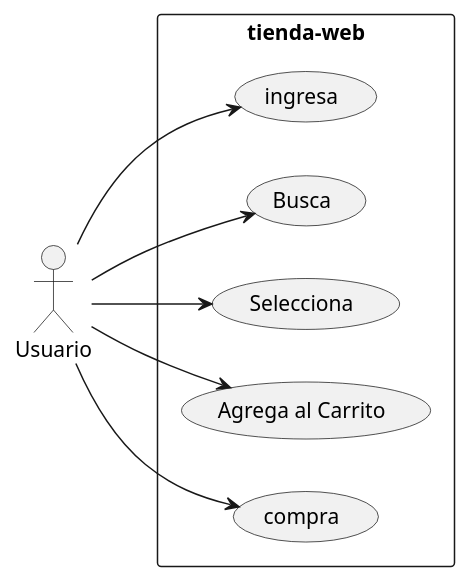
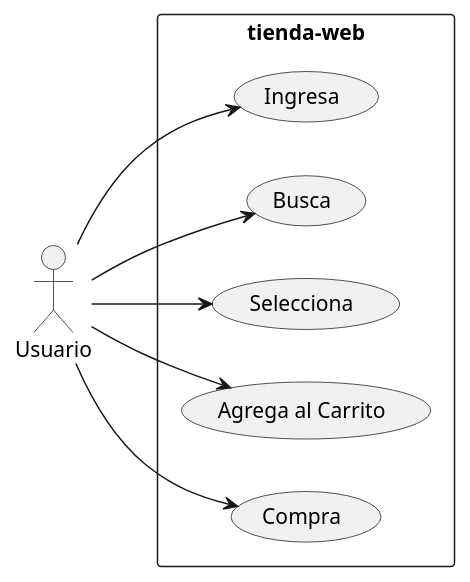
One commit to jonnycanabal/tienda-web-backend changed the diagram in diagramas-tienda-web/diagrama_casos_de_uso.puml. Above: the diagram before and after it, drawn with PlantUML. The commit also changed 1 other file, not shown here.

Commit message:
Actualizacion Diagramas UML

```diff
--- a/diagramas-tienda-web/diagrama_casos_de_uso.puml
+++ b/diagramas-tienda-web/diagrama_casos_de_uso.puml
@@ -1,20 +1,20 @@
 @startuml tienda-web
 
 left to right direction
 actor "Usuario" as user
 
 rectangle tienda-web {
-    usecase "ingresa" as uc1
+    usecase "Ingresa" as uc1
     usecase "Busca" as uc2
     usecase "Selecciona" as uc3
     usecase "Agrega al Carrito" as uc4
-    usecase "compra" as uc5
+    usecase "Compra" as uc5
 }
 
 user --> uc1
 user --> uc2
 user --> uc3
 user --> uc4
 user --> uc5
 
 @enduml
```
